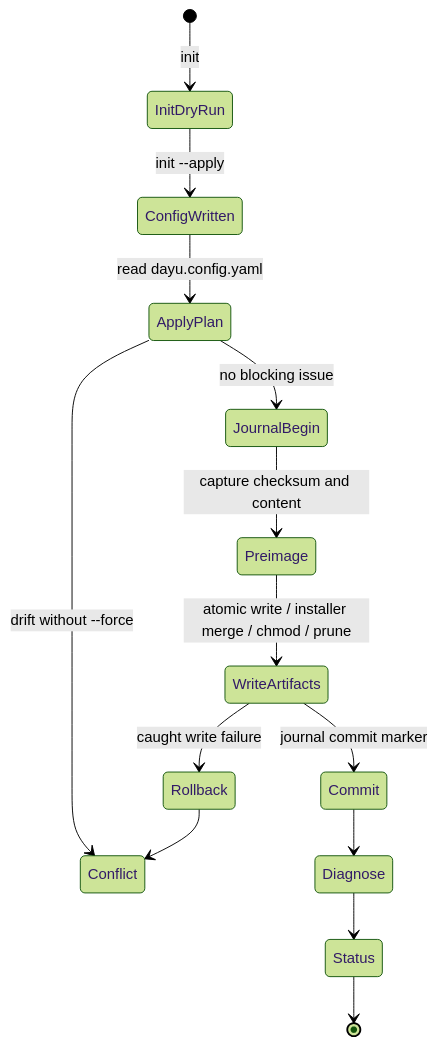
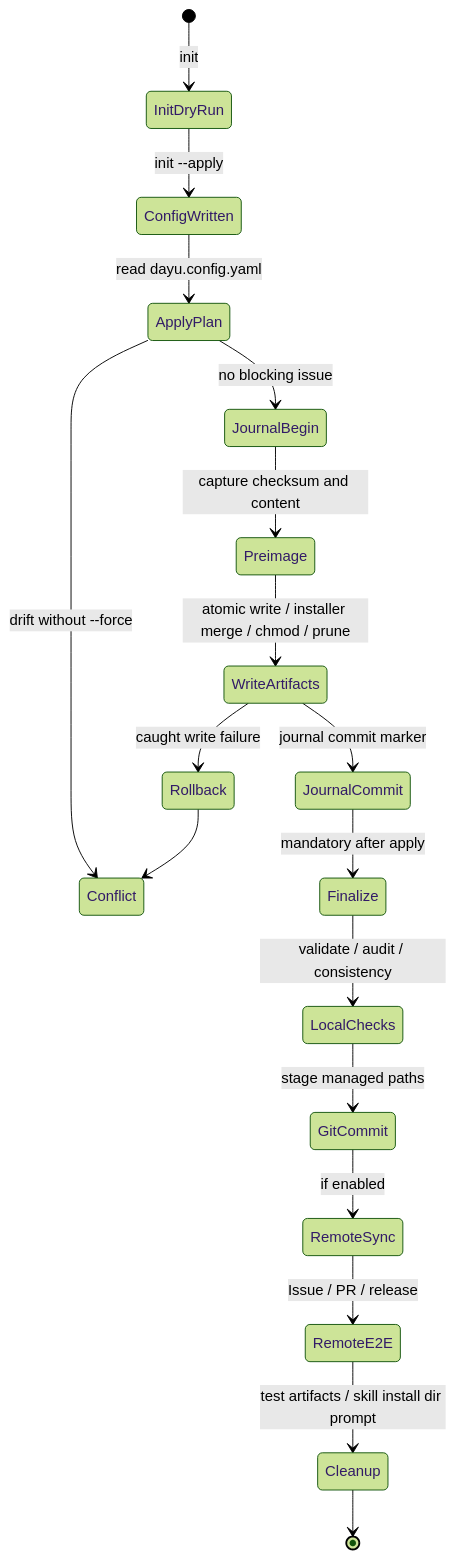
Before and after one commit to kinoward/dayu-harness-skill: the diagram in docs/phase2-product.md, drawn with Mermaid (forest theme). The commit also changed other lines of this file and 15 other files, not shown here.

Commit message:
docs(skill): document finalized completion flow

````diff
--- a/docs/phase2-product.md
+++ b/docs/phase2-product.md
@@ -14,16 +15,20 @@
 ```mermaid
 stateDiagram-v2
   [*] --> InitDryRun: init
   InitDryRun --> ConfigWritten: init --apply
   ConfigWritten --> ApplyPlan: read dayu.config.yaml
   ApplyPlan --> Conflict: drift without --force
   ApplyPlan --> JournalBegin: no blocking issue
   JournalBegin --> Preimage: capture checksum and content
   Preimage --> WriteArtifacts: atomic write / installer merge / chmod / prune
-  WriteArtifacts --> Commit: journal commit marker
+  WriteArtifacts --> JournalCommit: journal commit marker
   WriteArtifacts --> Rollback: caught write failure
   Rollback --> Conflict
-  Commit --> Diagnose
-  Diagnose --> Status
-  Status --> [*]
+  JournalCommit --> Finalize: mandatory after apply
+  Finalize --> LocalChecks: validate / audit / consistency
+  LocalChecks --> GitCommit: stage managed paths
+  GitCommit --> RemoteSync: if enabled
+  RemoteSync --> RemoteE2E: Issue / PR / release
+  RemoteE2E --> Cleanup: test artifacts / skill install dir prompt
+  Cleanup --> [*]
 ```
````
